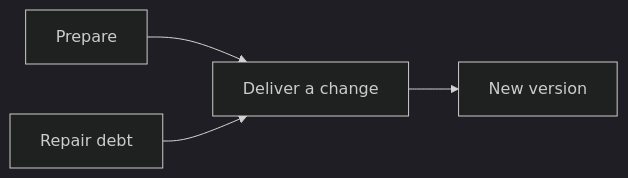
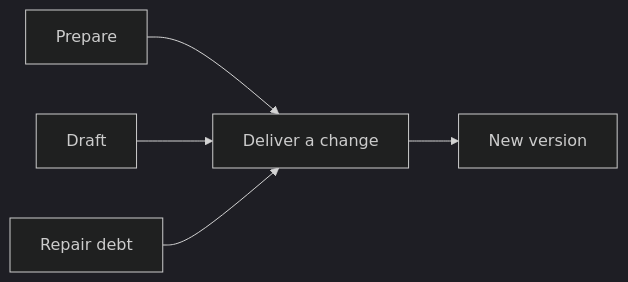
Before and after one commit to AlbertoBasalo/aiddbot-com: the diagram in src/content/docs/workflow.md, drawn with Mermaid (dark theme). The commit also changed other lines of this file and 11 other files, not shown here.

````diff
--- a/src/content/docs/workflow.md
+++ b/src/content/docs/workflow.md
@@ -27,6 +28,7 @@
 ```mermaid
 flowchart LR
   A[Prepare] --> B[Deliver a change]
+  D[Draft] --> B
   C[Repair debt] --> B
   B --> V[New version]
 ```
````
